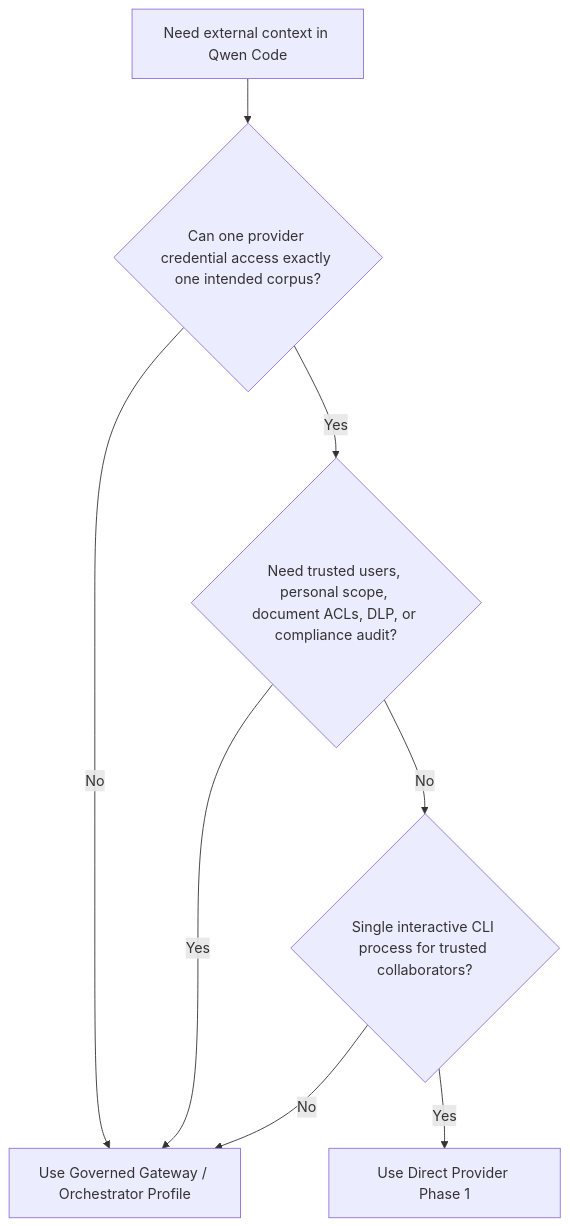
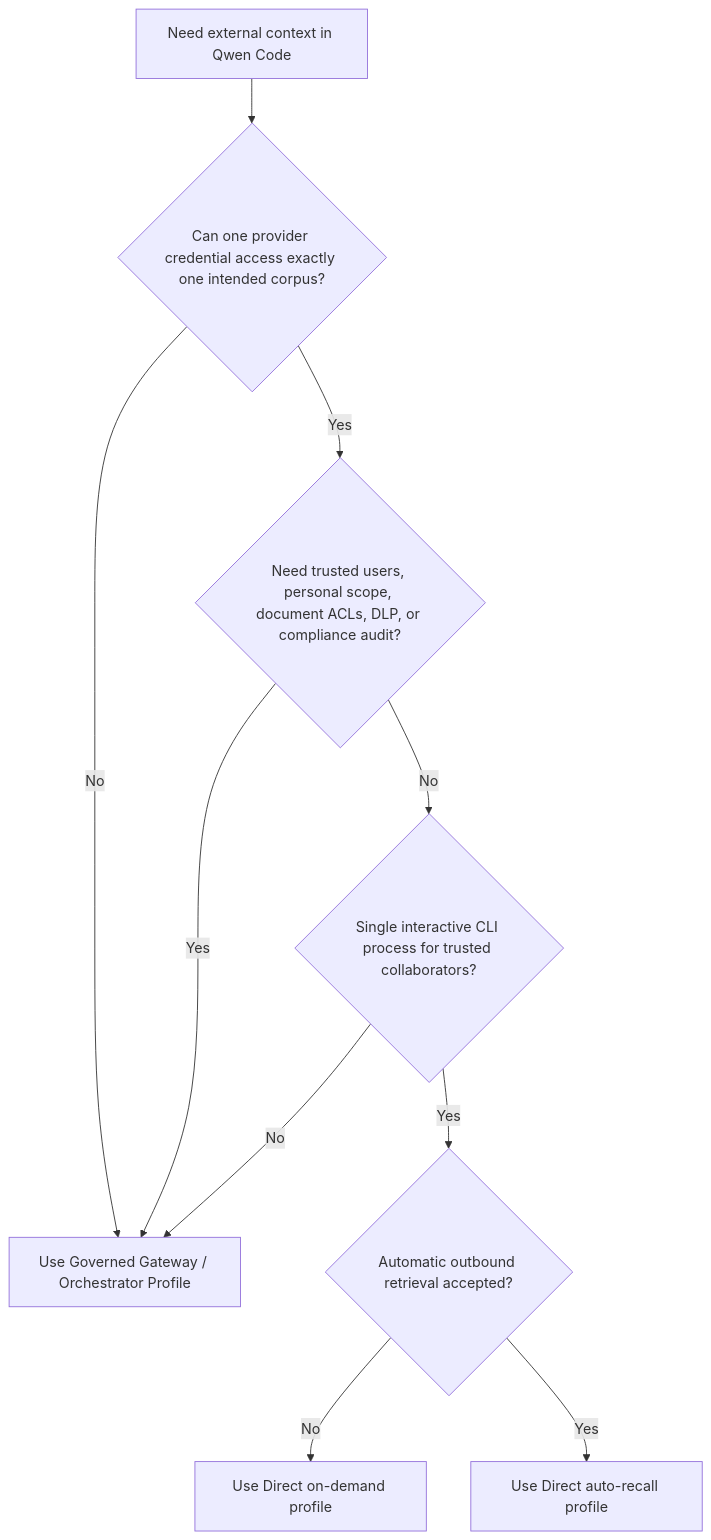
The first of 2 diagrams in docs/design/direct-external-context-provider.md (QwenLM/qwen-code), drawn with Mermaid before and after one commit. The commit also changed other lines of this file and 20 other files, not shown here.

First line of the commit message:
feat(external-context): add submitted-prompt auto recall

````diff
--- a/docs/design/direct-external-context-provider.md
+++ b/docs/design/direct-external-context-provider.md
@@ -65,10 +68,12 @@
 ```mermaid
 flowchart TD
     A["Need external context in Qwen Code"] --> B{"Can one provider credential access exactly one intended corpus?"}
     B -- "No" --> G["Use Governed Gateway / Orchestrator Profile"]
     B -- "Yes" --> C{"Need trusted users, personal scope, document ACLs, DLP, or compliance audit?"}
     C -- "Yes" --> G
     C -- "No" --> D{"Single interactive CLI process for trusted collaborators?"}
     D -- "No" --> G
-    D -- "Yes" --> E["Use Direct Provider Phase 1"]
+    D -- "Yes" --> E{"Automatic outbound retrieval accepted?"}
+    E -- "No" --> O["Use Direct on-demand profile"]
+    E -- "Yes" --> R["Use Direct auto-recall profile"]
 ```
````
